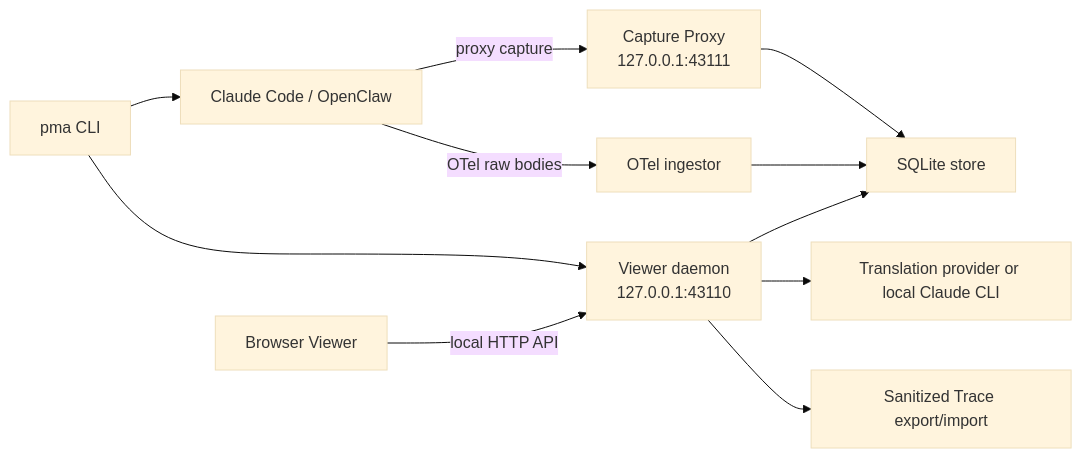
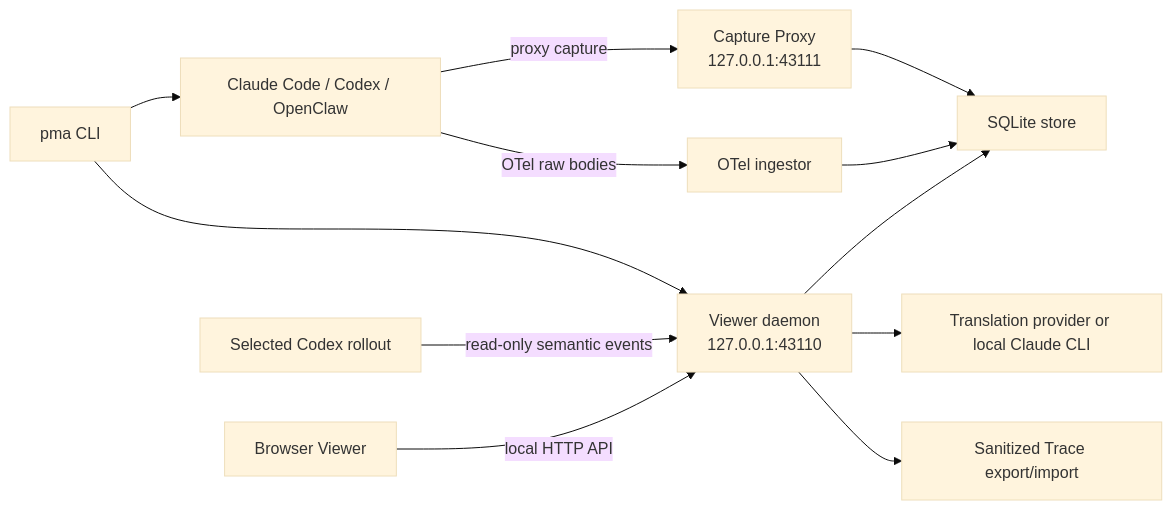
The first of 2 diagrams in docs/architecture.md (fengjikui/peekMyAgent), drawn with Mermaid (base theme) before and after one commit. The commit also changed other lines of this file and 51 other files, not shown here.

````diff
--- a/docs/architecture.md
+++ b/docs/architecture.md
@@ -15,13 +15,14 @@
 ```mermaid
 flowchart LR
     CLI["pma CLI"] --> D["Viewer daemon<br/>127.0.0.1:43110"]
-    CLI --> A["Claude Code / OpenClaw"]
+    CLI --> A["Claude Code / Codex / OpenClaw"]
     A -->|"proxy capture"| P["Capture Proxy<br/>127.0.0.1:43111"]
     A -->|"OTel raw bodies"| O["OTel ingestor"]
     P --> S["SQLite store"]
     O --> S
+    C["Selected Codex rollout"] -->|"read-only semantic events"| D
     D --> S
     B["Browser Viewer"] -->|"local HTTP API"| D
     D --> T["Translation provider or local Claude CLI"]
     D --> X["Sanitized Trace export/import"]
 ```
````
